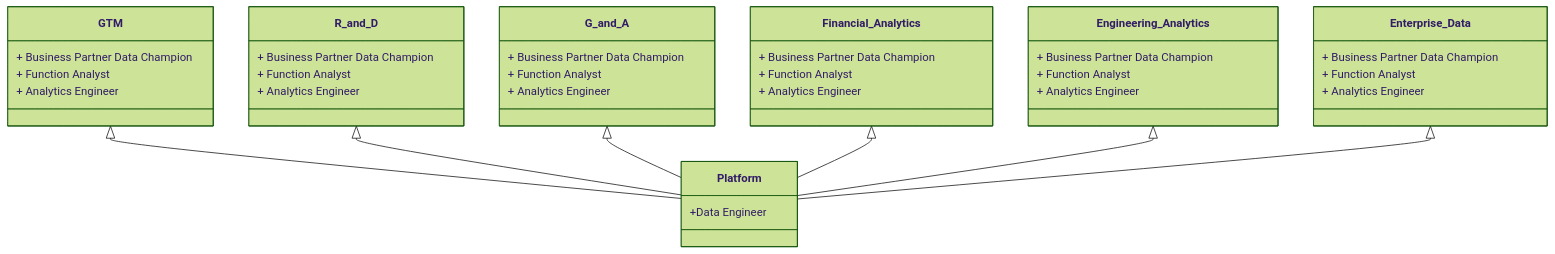
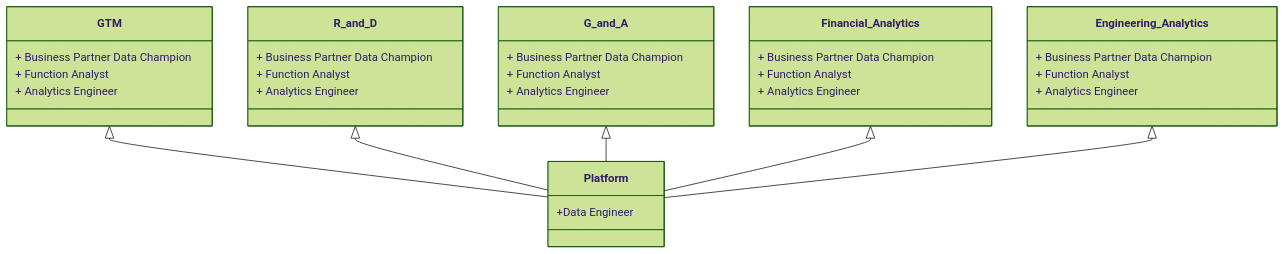
The first of 6 diagrams in business-technology/data-team/organization/index.html.md (secretstartups/handbook), drawn with Mermaid (forest theme) before and after one commit. The commit also changed other lines of this file, not shown here.

Commit message:
Update Data Fusion Team Assignments for Current State

````diff
--- a/business-technology/data-team/organization/index.html.md
+++ b/business-technology/data-team/organization/index.html.md
@@ -37,28 +37,24 @@
 ```mermaid
 classDiagram
    GTM <|-- Platform
         GTM : + Business Partner Data Champion
         GTM : + Function Analyst
         GTM : + Analytics Engineer
     R_and_D <|-- Platform
         R_and_D : + Business Partner Data Champion
         R_and_D : + Function Analyst
         R_and_D : + Analytics Engineer
     G_and_A <|-- Platform
         G_and_A : + Business Partner Data Champion
         G_and_A : + Function Analyst
         G_and_A : + Analytics Engineer
     Financial_Analytics <|-- Platform
         Financial_Analytics : + Business Partner Data Champion
         Financial_Analytics : + Function Analyst
         Financial_Analytics : + Analytics Engineer
     Engineering_Analytics <|-- Platform
         Engineering_Analytics : + Business Partner Data Champion
         Engineering_Analytics : + Function Analyst
         Engineering_Analytics : + Analytics Engineer
-    Enterprise_Data <|-- Platform
-        Enterprise_Data : + Business Partner Data Champion
-        Enterprise_Data : + Function Analyst
-        Enterprise_Data : + Analytics Engineer
     Platform : +Data Engineer
   ```
````
